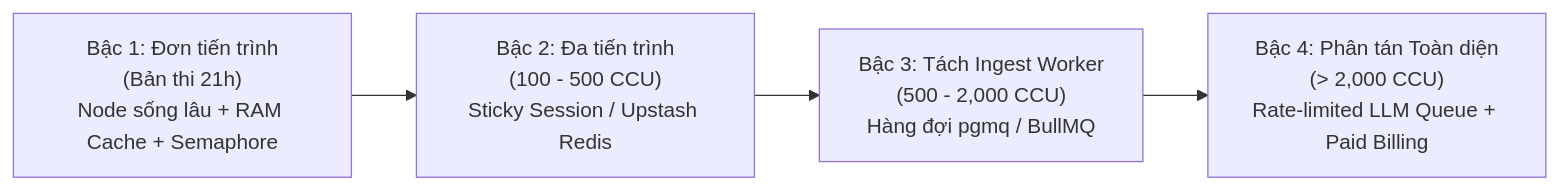
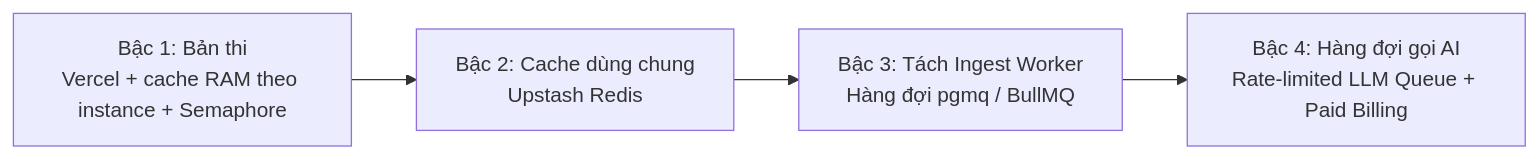
One commit to huynhthanhnhannnh-pixel/Hackathon_SGU changed the diagram in pitch/KIEN_TRUC_BGK.md. Above: the diagram before and after it, drawn with Mermaid. The commit also changed other lines of this file and 10 other files, not shown here.

````diff
--- a/pitch/KIEN_TRUC_BGK.md
+++ b/pitch/KIEN_TRUC_BGK.md
@@ -33,9 +32,9 @@
 ```mermaid
 flowchart LR
-    B1["Bậc 1: Đơn tiến trình<br/>(Bản thi 21h)<br/>Node sống lâu + RAM Cache + Semaphore"]
-    B2["Bậc 2: Đa tiến trình<br/>(100 - 500 CCU)<br/>Sticky Session / Upstash Redis"]
-    B3["Bậc 3: Tách Ingest Worker<br/>(500 - 2,000 CCU)<br/>Hàng đợi pgmq / BullMQ"]
-    B4["Bậc 4: Phân tán Toàn diện<br/>(> 2,000 CCU)<br/>Rate-limited LLM Queue + Paid Billing"]
+    B1["Bậc 1: Bản thi<br/>Vercel + cache RAM theo instance + Semaphore"]
+    B2["Bậc 2: Cache dùng chung<br/>Upstash Redis"]
+    B3["Bậc 3: Tách Ingest Worker<br/>Hàng đợi pgmq / BullMQ"]
+    B4["Bậc 4: Hàng đợi gọi AI<br/>Rate-limited LLM Queue + Paid Billing"]
 
     B1 --> B2 --> B3 --> B4
 ```
````
